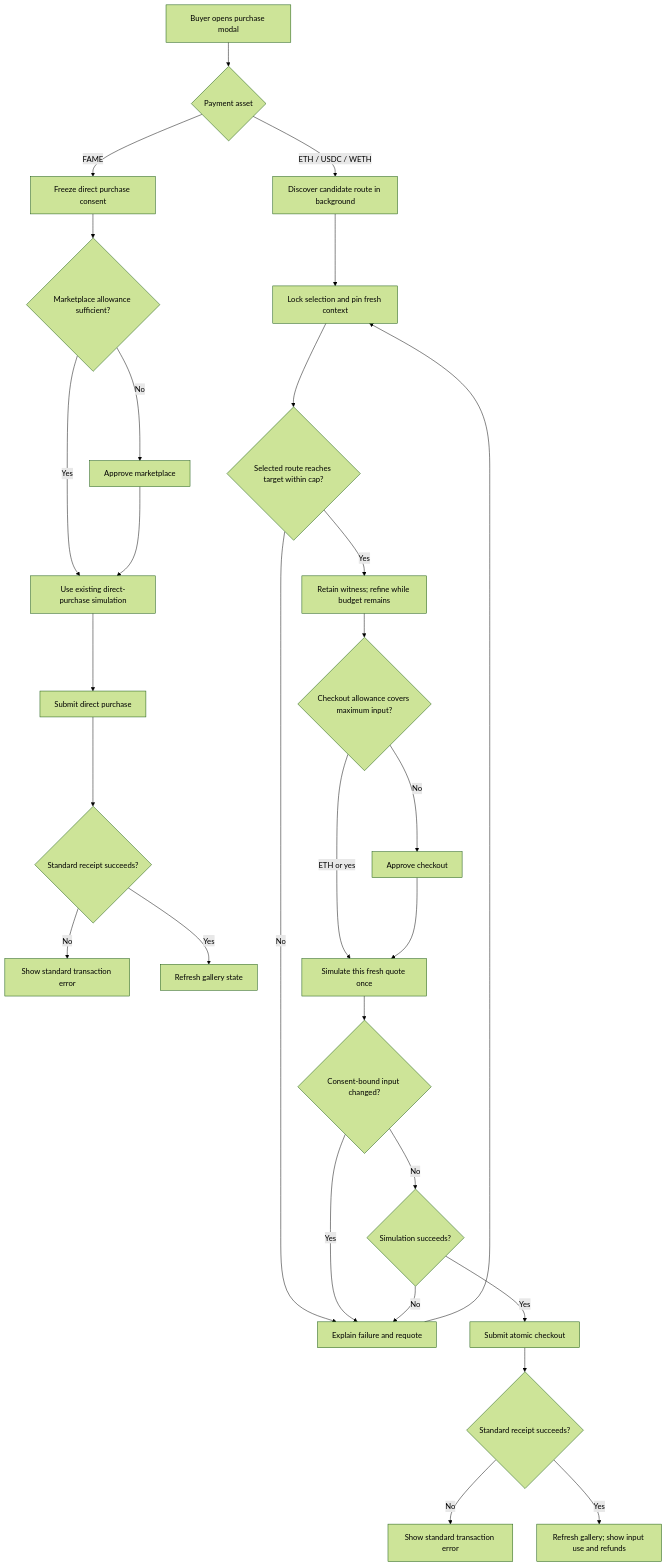
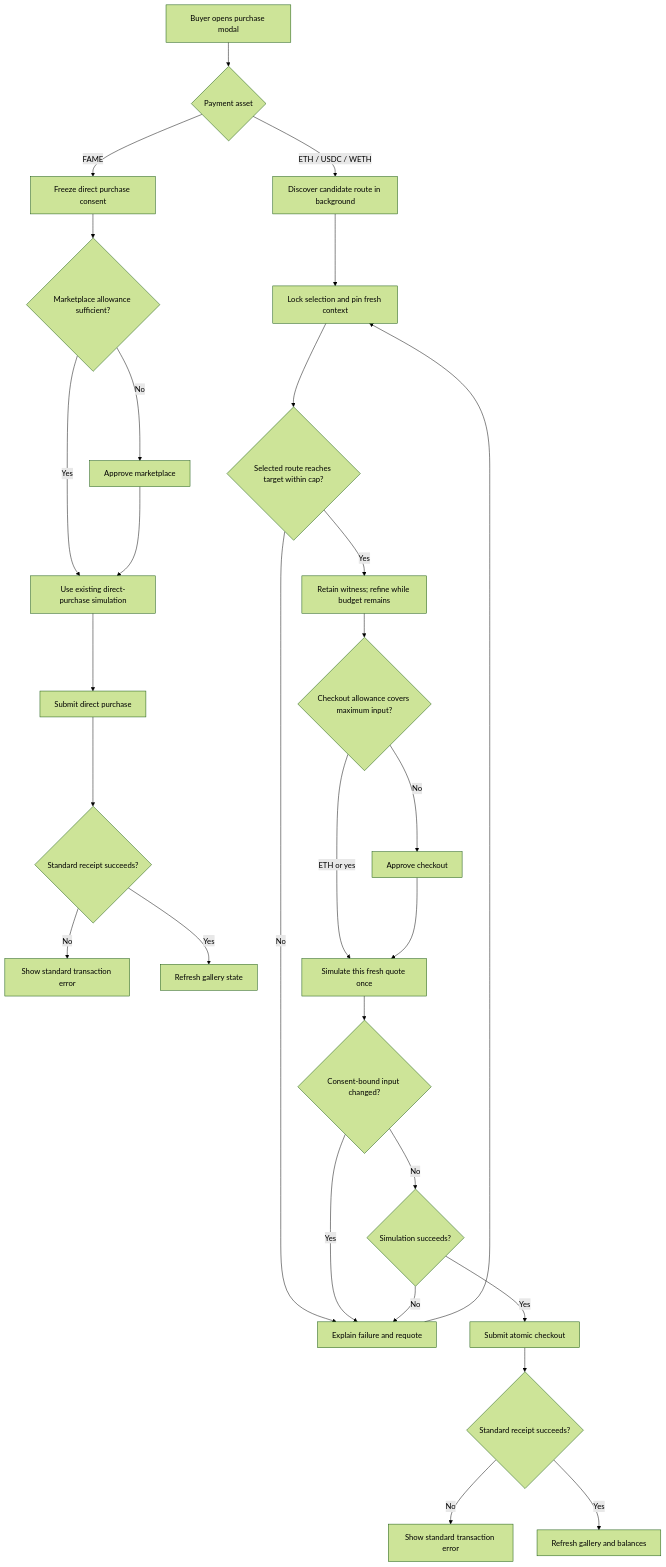
One commit to fame-lady-society/fame-contracts changed the third of 3 diagrams in docs/plans/2026-07-28-001-feat-atomic-marketplace-checkout-plan.md. Above: the diagram before and after it, drawn with Mermaid (forest theme). The commit also changed other lines of this file and 5 other files, not shown here.

````diff
--- a/docs/plans/2026-07-28-001-feat-atomic-marketplace-checkout-plan.md
+++ b/docs/plans/2026-07-28-001-feat-atomic-marketplace-checkout-plan.md
@@ -284,31 +317,31 @@
 ```mermaid
 flowchart TD
     Start["Buyer opens purchase modal"] --> Asset{"Payment asset"}
     Asset -->|FAME| DirectConsent["Freeze direct purchase consent"]
     Asset -->|ETH / USDC / WETH| Discover["Discover candidate route in background"]
     DirectConsent --> DirectAllowance{"Marketplace allowance sufficient?"}
     DirectAllowance -->|No| DirectApprove["Approve marketplace"]
     DirectAllowance -->|Yes| DirectSim["Use existing direct-purchase simulation"]
     DirectApprove --> DirectSim
     DirectSim --> DirectSubmit["Submit direct purchase"]
     DirectSubmit --> DirectReceipt{"Standard receipt succeeds?"}
     DirectReceipt -->|No| DirectError["Show standard transaction error"]
     DirectReceipt -->|Yes| DirectSuccess["Refresh gallery state"]
     Discover --> Quote["Lock selection and pin fresh context"]
     Quote --> Ready{"Selected route reaches target within cap?"}
     Ready -->|No| Requote["Explain failure and requote"]
     Ready -->|Yes| Refine["Retain witness; refine while budget remains"]
     Refine --> Allowance{"Checkout allowance covers maximum input?"}
     Allowance -->|No| Approve["Approve checkout"]
     Allowance -->|ETH or yes| Simulate["Simulate this fresh quote once"]
     Approve --> Simulate
     Simulate --> Changed{"Consent-bound input changed?"}
     Changed -->|Yes| Requote
     Changed -->|No| Valid{"Simulation succeeds?"}
     Valid -->|No| Requote
     Valid -->|Yes| Submit["Submit atomic checkout"]
     Submit --> Receipt{"Standard receipt succeeds?"}
     Receipt -->|No| AltError["Show standard transaction error"]
-    Receipt -->|Yes| AltSuccess["Refresh gallery; show input use and refunds"]
+    Receipt -->|Yes| AltSuccess["Refresh gallery and balances"]
     Requote --> Quote
 ```
````
